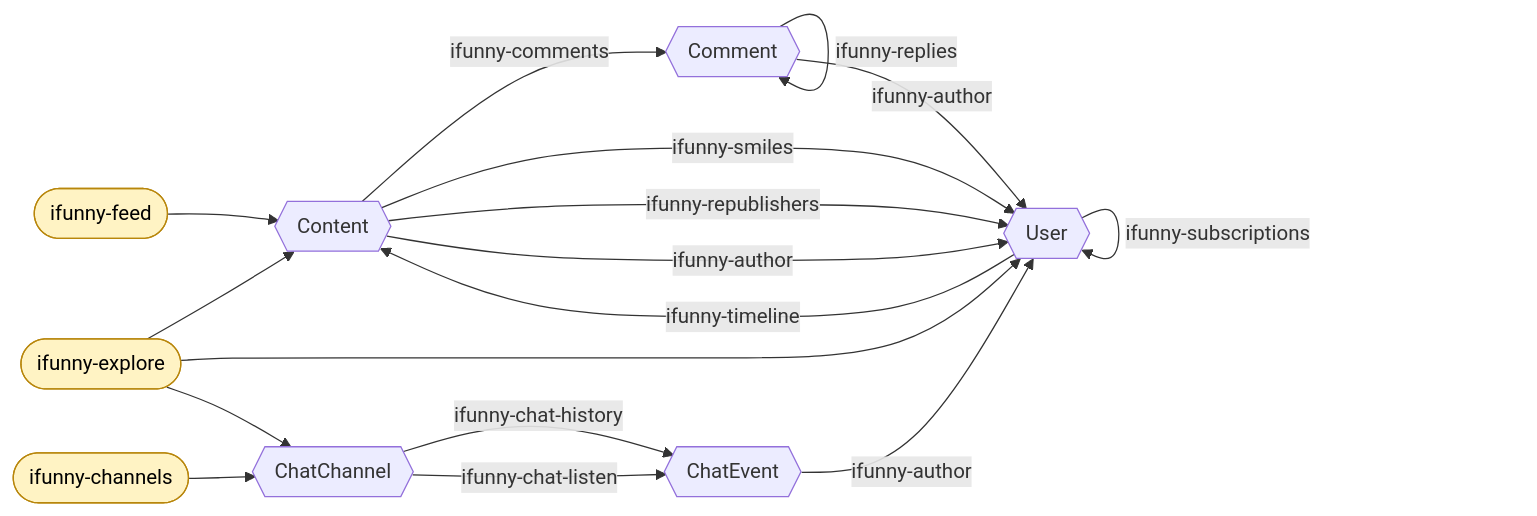
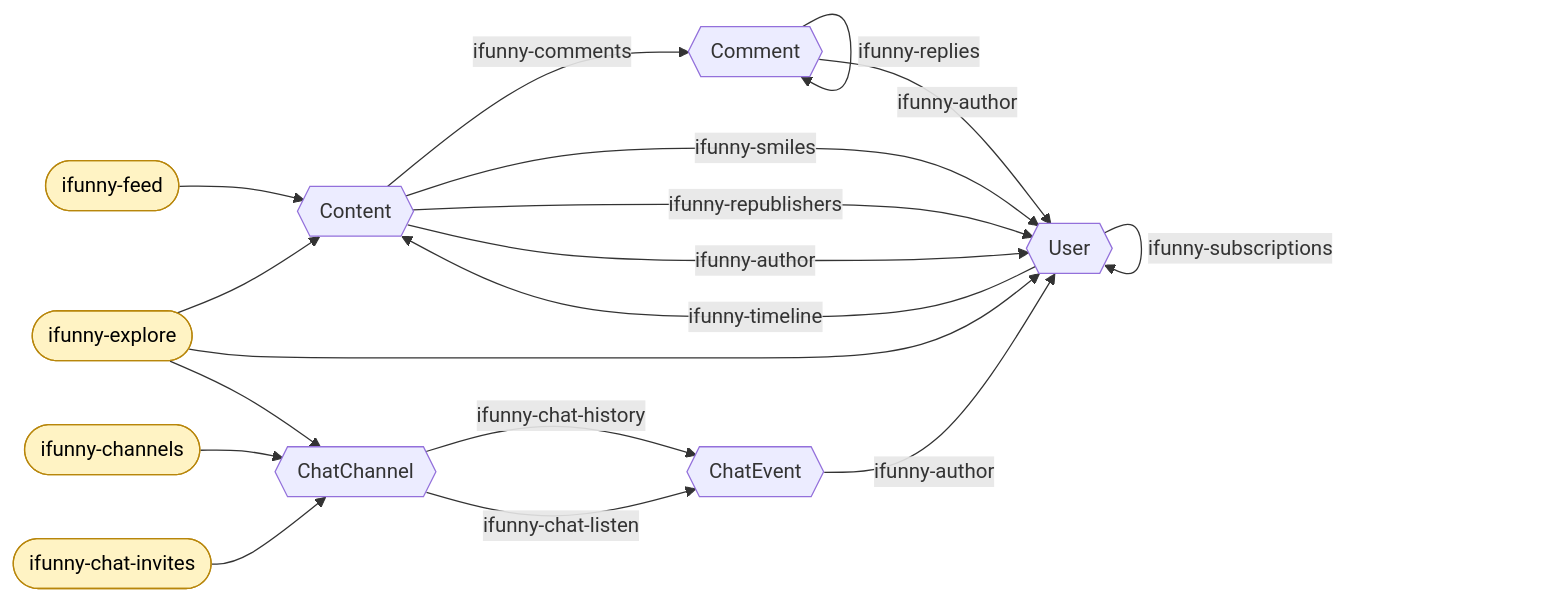
One commit to psyduck-etl/ifunny changed the diagram in README.md. Above: the diagram before and after it, drawn with Mermaid. The commit also changed other lines of this file and 7 other files, not shown here.

First line of the commit message:
Address PR review feedback: block generate-basic, timeline/lookup-user by-id, ifunny-chat-invites

````diff
--- a/README.md
+++ b/README.md
@@ -82,32 +101,33 @@
 ```mermaid
 flowchart LR
     F([ifunny-feed]):::seed --> Content
     E([ifunny-explore]):::seed --> Content
     E --> User
     E --> Channel
     CH([ifunny-channels]):::seed --> Channel
+    IV([ifunny-chat-invites]):::seed --> Channel
 
     Content -- ifunny-comments --> Comment
     Content -- ifunny-smiles --> User
     Content -- ifunny-republishers --> User
     Content -- ifunny-author --> User
 
     Comment -- ifunny-replies --> Comment
     Comment -- ifunny-author --> User
 
     User -- ifunny-timeline --> Content
     User -- ifunny-subscribers --> User
     User -- ifunny-subscriptions --> User
 
     Channel -- ifunny-chat-history --> Event
     Channel -- ifunny-chat-listen --> Event
     Event -- ifunny-author --> User
 
     Content{{Content}}
     Comment{{Comment}}
     User{{User}}
     Channel{{ChatChannel}}
     Event{{ChatEvent}}
 
     classDef seed fill:#fff3c4,stroke:#b8860b,color:#000;
 ```
````
